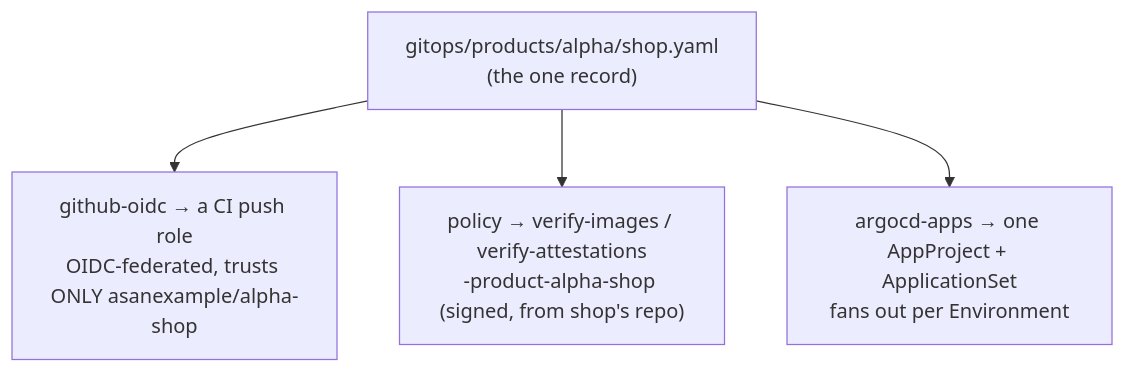
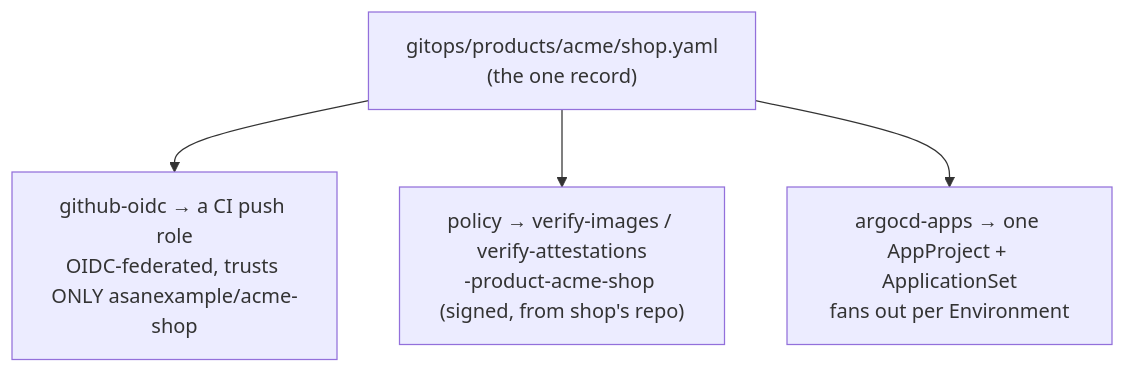
The diagram in docs/learn/products/orientation.md (asanexample/platform), drawn with Mermaid before and after one commit. The commit also changed other lines of this file and 101 other files, not shown here.

First line of the commit message:
docs(learn): coherence + human-voice rewrite + Claude-designed diagrams

````diff
--- a/docs/learn/products/orientation.md
+++ b/docs/learn/products/orientation.md
@@ -87,7 +84,7 @@
 ```mermaid
 flowchart TD
-    P["gitops/products/alpha/shop.yaml<br/>(the one record)"]
-    P --> G["github-oidc → a CI push role<br/>OIDC-federated, trusts ONLY asanexample/alpha-shop"]
-    P --> POL["policy → verify-images / verify-attestations<br/>-product-alpha-shop (signed, from shop's repo)"]
+    P["gitops/products/acme/shop.yaml<br/>(the one record)"]
+    P --> G["github-oidc → a CI push role<br/>OIDC-federated, trusts ONLY asanexample/acme-shop"]
+    P --> POL["policy → verify-images / verify-attestations<br/>-product-acme-shop (signed, from shop's repo)"]
     P --> A["argocd-apps → one AppProject + ApplicationSet<br/>fans out per Environment"]
 ```
````
